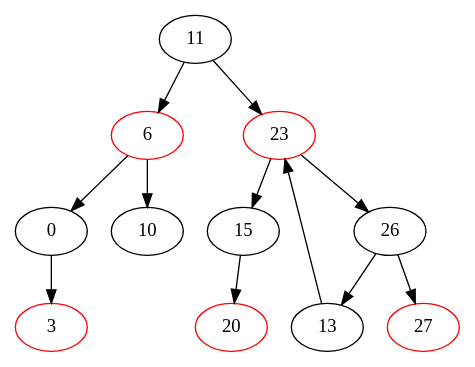
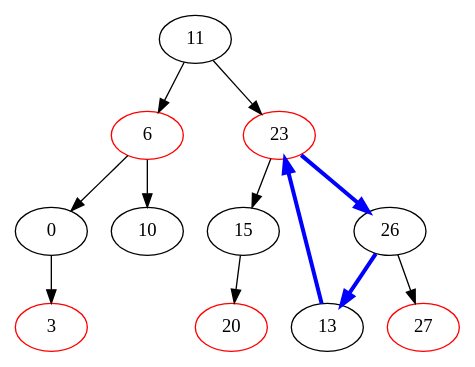
The diagram in graphviz/red_black_tree_cycle.gv (josephmate/josephmate.github.io), drawn with Graphviz before and after one commit. The commit also changed 2 other files, not shown here.

```diff
--- a/graphviz/red_black_tree_cycle.gv
+++ b/graphviz/red_black_tree_cycle.gv
@@ -1,46 +1,46 @@
 digraph {
 # Loop detected
 #    0:BLACK
 #      3:RED
 #  6:RED
 #    10:BLACK
 #11:BLACK
 #    15:BLACK
 #      20:RED
 #  23:RED
 #      13:BLACK
 #        23:RED CYCLE
 #    26:BLACK
 #      27:RED
 
 11 [color="black"]
 6 [color="red"]
 23 [color="red"]
 11 -> 6
 11 -> 23
 
 
 0 [color="black"]
 10 [color="black"]
 6 -> 0
 6 -> 10
 
 3 [color="red"]
 0 -> 3
 
 15 [color="black"]
 26 [color="black"]
 23 -> 15
-23 -> 26
+23 -> 26 [color="blue", penwidth=3]
 
 20 [color="red"]
 15 -> 20
 
 
 13 [color="black"]
 27  [color="red"]
-26 -> 13
+26 -> 13 [color="blue", penwidth=3]
 26 -> 27
 
-13 -> 23
+13 -> 23 [color="blue", penwidth=3]
 }
```
